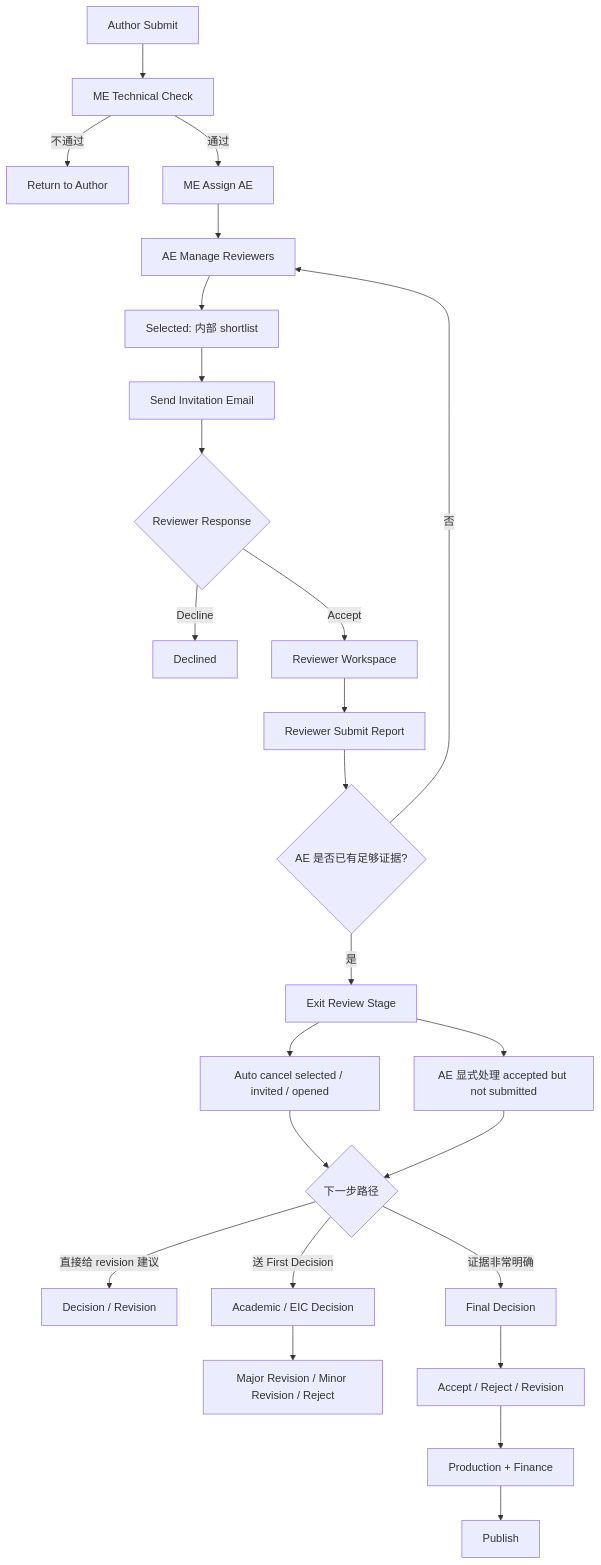
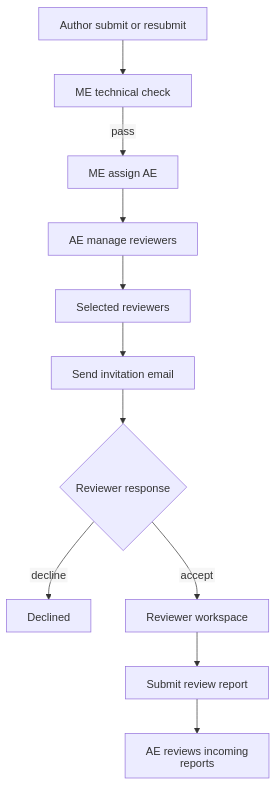
The diagram in docs/project_progress_editorial_flow_2026_03_10.mmd (LouisLau-art/scholar-flow), drawn with Mermaid before and after one commit. The commit also changed other lines of this file and 9 other files, not shown here.

Commit message:
docs: restore vector progress diagrams and split flows

```diff
--- a/docs/project_progress_editorial_flow_2026_03_10.mmd
+++ b/docs/project_progress_editorial_flow_2026_03_10.mmd
@@ -1,25 +1,16 @@
+---
+config:
+  htmlLabels: false
+  markdownAutoWrap: false
+---
 flowchart TD
-    A[Author Submit] --> B[ME Technical Check]
-    B -->|不通过| B1[Return to Author]
-    B -->|通过| C[ME Assign AE]
-    C --> D[AE Manage Reviewers]
-    D --> D1[Selected: 内部 shortlist]
-    D1 --> E[Send Invitation Email]
-    E --> F{Reviewer Response}
-    F -->|Decline| F1[Declined]
-    F -->|Accept| G[Reviewer Workspace]
-    G --> H[Reviewer Submit Report]
-    H --> I{AE 是否已有足够证据?}
-    I -->|否| D
-    I -->|是| J[Exit Review Stage]
-    J --> J1[Auto cancel selected / invited / opened]
-    J --> J2[AE 显式处理 accepted but not submitted]
-    J1 --> K{下一步路径}
-    J2 --> K
-    K -->|直接给 revision 建议| L[Decision / Revision]
-    K -->|送 First Decision| M[Academic / EIC Decision]
-    K -->|证据非常明确| N[Final Decision]
-    M --> O[Major Revision / Minor Revision / Reject]
-    N --> P[Accept / Reject / Revision]
-    P --> Q[Production + Finance]
-    Q --> R[Publish]
+    A[Author submit or resubmit] --> B[ME technical check]
+    B -->|pass| C[ME assign AE]
+    C --> D[AE manage reviewers]
+    D --> E[Selected reviewers]
+    E --> F[Send invitation email]
+    F --> G{Reviewer response}
+    G -->|decline| H[Declined]
+    G -->|accept| I[Reviewer workspace]
+    I --> J[Submit review report]
+    J --> K[AE reviews incoming reports]
```
